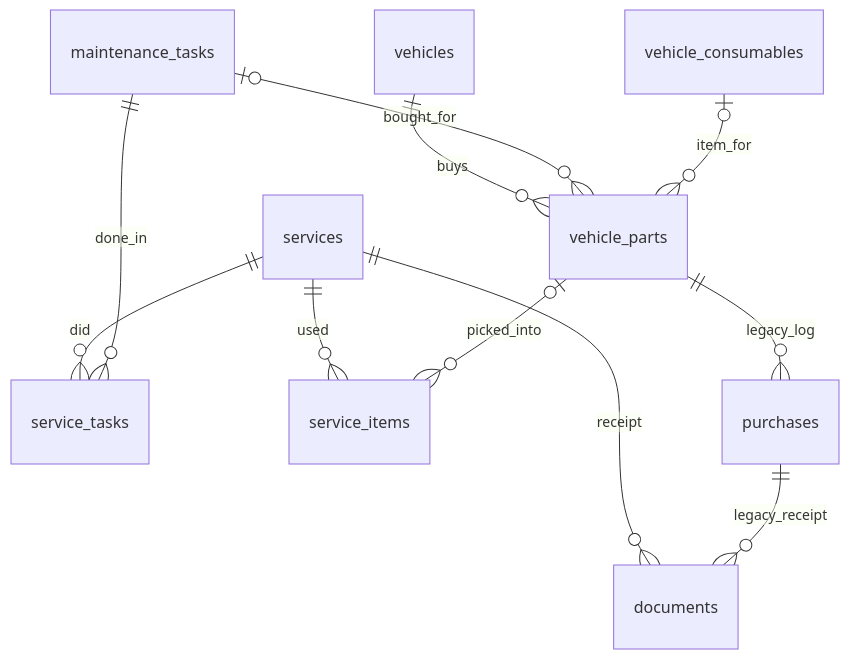
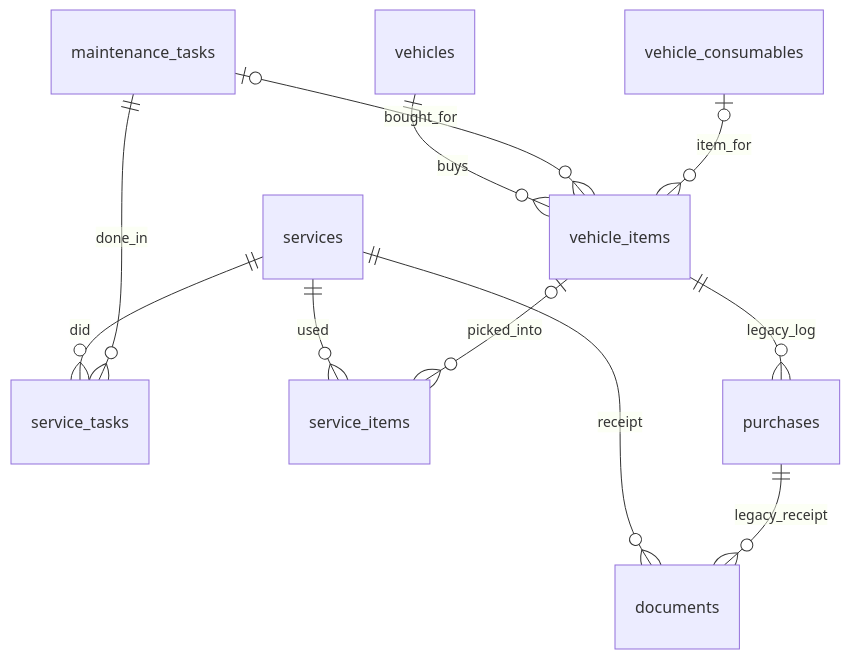
The third of 3 diagrams in docs/data-model.md (tmy-code/tmy_garage), drawn with Mermaid before and after one commit. The commit also changed other lines of this file and 33 other files, not shown here.

First line of the commit message:
Rename Vehicle Part to Vehicle Item in code, schema, API and docs (#43)

````diff
--- a/docs/data-model.md
+++ b/docs/data-model.md
@@ -196,13 +196,13 @@
 ```mermaid
 erDiagram
   services ||--o{ service_tasks : did
   maintenance_tasks ||--o{ service_tasks : done_in
   services ||--o{ service_items : used
-  vehicles ||--o{ vehicle_parts : buys
-  vehicle_parts |o--o{ service_items : picked_into
-  maintenance_tasks |o--o{ vehicle_parts : bought_for
-  vehicle_parts ||--o{ purchases : legacy_log
-  vehicle_consumables |o--o{ vehicle_parts : item_for
+  vehicles ||--o{ vehicle_items : buys
+  vehicle_items |o--o{ service_items : picked_into
+  maintenance_tasks |o--o{ vehicle_items : bought_for
+  vehicle_items ||--o{ purchases : legacy_log
+  vehicle_consumables |o--o{ vehicle_items : item_for
   services ||--o{ documents : receipt
   purchases ||--o{ documents : legacy_receipt
 ```
````
